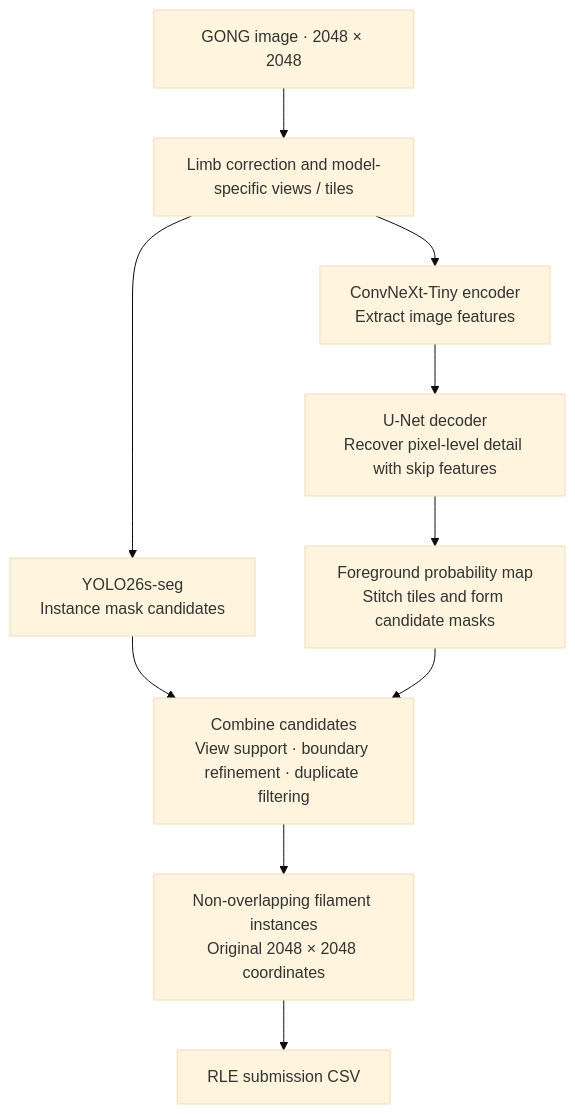
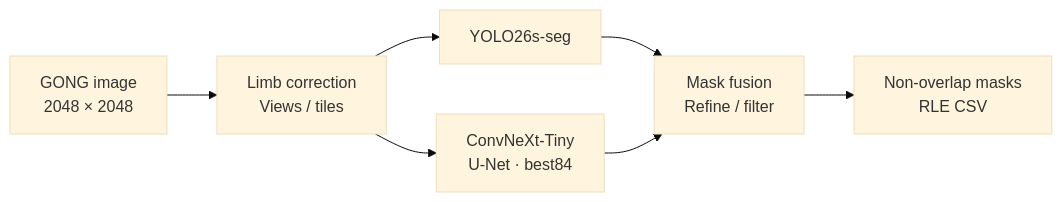
One commit to ikjoo5/solar_filament changed the first of 2 diagrams in README.md. Above: the diagram before and after it, drawn with Mermaid (base theme).

Commit message:
Make README model pipeline a compact horizontal diagram

````diff
--- a/README.md
+++ b/README.md
@@ -11,12 +11,9 @@
 ```mermaid
-flowchart TD
-    A["GONG image · 2048 × 2048"] --> B["Limb correction and model-specific views / tiles"]
-    B --> Y["YOLO26s-seg<br/>Instance mask candidates"]
-    B --> E["ConvNeXt-Tiny encoder<br/>Extract image features"]
-    E --> D["U-Net decoder<br/>Recover pixel-level detail with skip features"]
-    D --> N["Foreground probability map<br/>Stitch tiles and form candidate masks"]
-    Y --> M["Combine candidates<br/>View support · boundary refinement · duplicate filtering"]
+flowchart LR
+    A["GONG image<br/>2048 × 2048"] --> B["Limb correction<br/>Views / tiles"]
+    B --> Y["YOLO26s-seg"]
+    B --> N["ConvNeXt-Tiny<br/>U-Net · best84"]
+    Y --> M["Mask fusion<br/>Refine / filter"]
     N --> M
-    M --> O["Non-overlapping filament instances<br/>Original 2048 × 2048 coordinates"]
-    O --> R["RLE submission CSV"]
+    M --> R["Non-overlap masks<br/>RLE CSV"]
 ```
````
